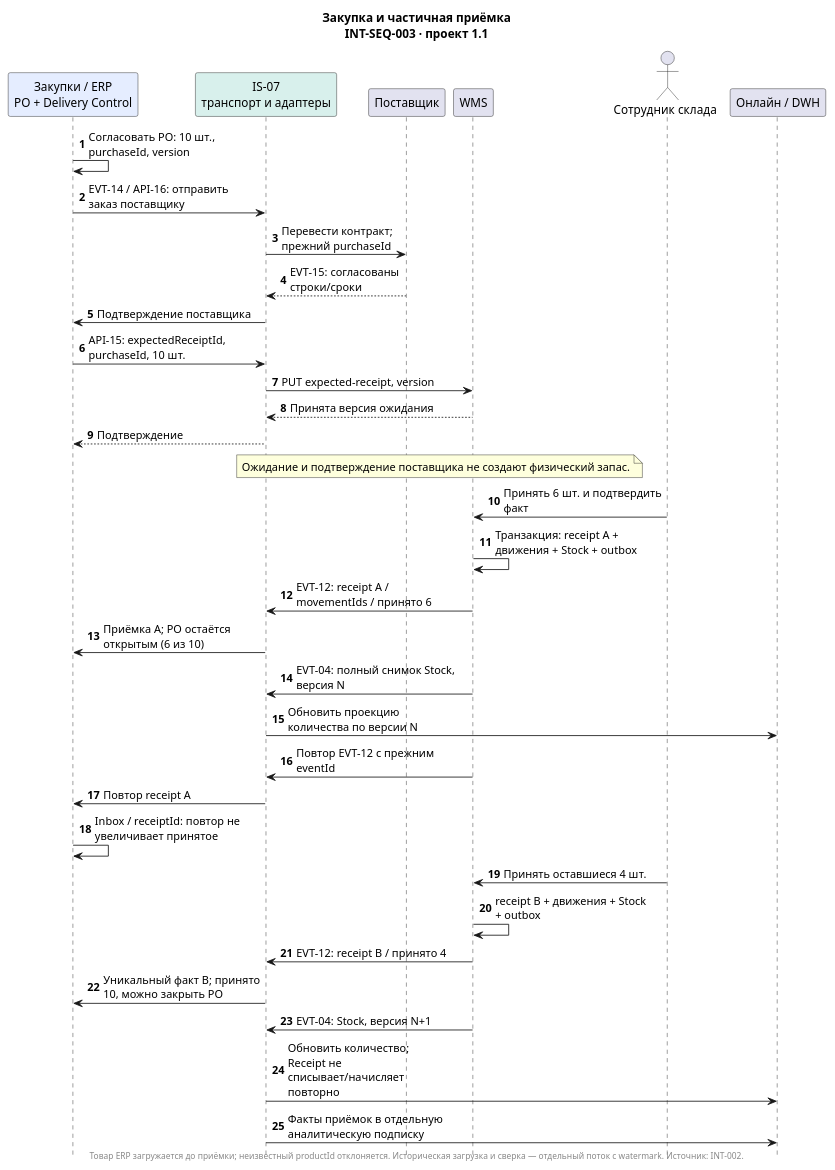
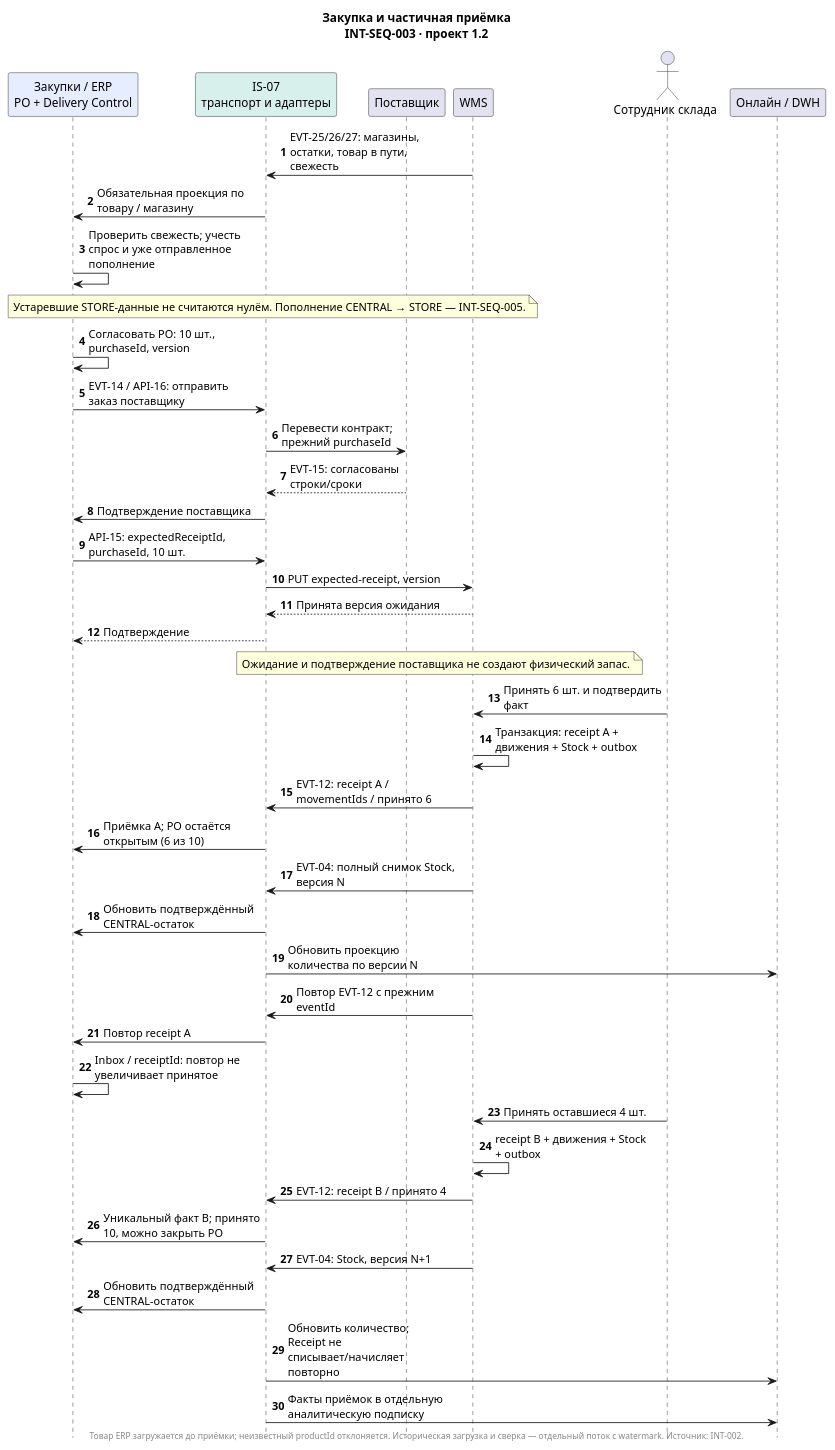
Before and after one commit to rsingatulin/hse_architecture: the diagram in 06_integration_architecture/diagrams/INT-SEQ-003-procurement.puml, drawn with PlantUML. The commit also changed 30 other files, not shown here.

```diff
--- a/06_integration_architecture/diagrams/INT-SEQ-003-procurement.puml
+++ b/06_integration_architecture/diagrams/INT-SEQ-003-procurement.puml
@@ -1,42 +1,48 @@
 @startuml INT-SEQ-003-procurement
 skinparam backgroundColor white
 skinparam defaultFontName Arial
 skinparam shadowing false
 skinparam maxMessageSize 190
 hide footbox
 autonumber
-title Закупка и частичная приёмка\nINT-SEQ-003 · проект 1.1
+title Закупка и частичная приёмка\nINT-SEQ-003 · проект 1.2
 participant "Закупки / ERP\nPO + Delivery Control" as PO #E5EDFF
 participant "IS-07\nтранспорт и адаптеры" as IP #D8F0EC
 participant "Поставщик" as Supplier
 participant "WMS" as WMS
 actor "Сотрудник склада" as Clerk
 participant "Онлайн / DWH" as Read
+WMS -> IP: EVT-25/26/27: магазины, остатки, товар в пути, свежесть
+IP -> PO: Обязательная проекция по товару / магазину
+PO -> PO: Проверить свежесть; учесть спрос и уже отправленное пополнение
+note over PO,WMS: Устаревшие STORE-данные не считаются нулём. Пополнение CENTRAL → STORE — INT-SEQ-005.
 PO -> PO: Согласовать PO: 10 шт., purchaseId, version
 PO -> IP: EVT-14 / API-16: отправить заказ поставщику
 IP -> Supplier: Перевести контракт; прежний purchaseId
 Supplier --> IP: EVT-15: согласованы строки/сроки
 IP -> PO: Подтверждение поставщика
 PO -> IP: API-15: expectedReceiptId, purchaseId, 10 шт.
 IP -> WMS: PUT expected-receipt, version
 WMS --> IP: Принята версия ожидания
 IP --> PO: Подтверждение
 note over Supplier,WMS: Ожидание и подтверждение поставщика не создают физический запас.
 Clerk -> WMS: Принять 6 шт. и подтвердить факт
 WMS -> WMS: Транзакция: receipt A + движения + Stock + outbox
 WMS -> IP: EVT-12: receipt A / movementIds / принято 6
 IP -> PO: Приёмка A; PO остаётся открытым (6 из 10)
 WMS -> IP: EVT-04: полный снимок Stock, версия N
+IP -> PO: Обновить подтверждённый CENTRAL-остаток
 IP -> Read: Обновить проекцию количества по версии N
 WMS -> IP: Повтор EVT-12 с прежним eventId
 IP -> PO: Повтор receipt A
 PO -> PO: Inbox / receiptId: повтор не увеличивает принятое
 Clerk -> WMS: Принять оставшиеся 4 шт.
 WMS -> WMS: receipt B + движения + Stock + outbox
 WMS -> IP: EVT-12: receipt B / принято 4
 IP -> PO: Уникальный факт B; принято 10, можно закрыть PO
 WMS -> IP: EVT-04: Stock, версия N+1
+IP -> PO: Обновить подтверждённый CENTRAL-остаток
 IP -> Read: Обновить количество; Receipt не списывает/начисляет повторно
 IP -> Read: Факты приёмок в отдельную аналитическую подписку
 footer Товар ERP загружается до приёмки; неизвестный productId отклоняется. Историческая загрузка и сверка — отдельный поток с watermark. Источник: INT-002.
 @enduml
```
